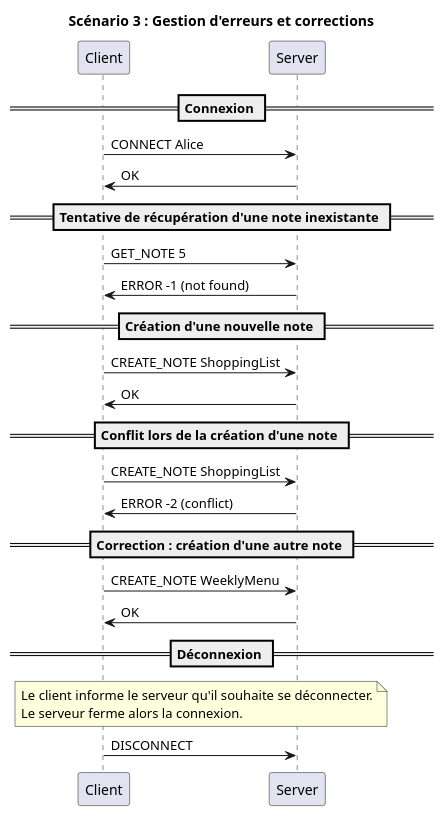
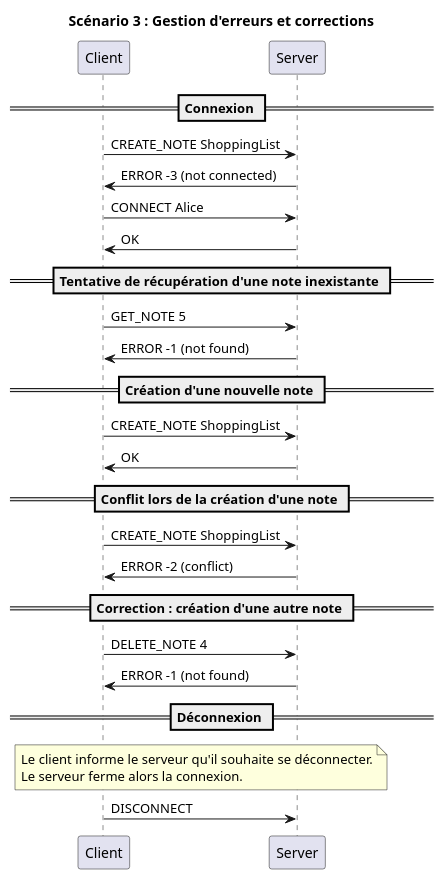
Before and after one commit to HEIG-VD-DAI-Iseni-Jacobs/no-tion: the diagram in docs/images/errors.plantuml, drawn with PlantUML. The commit also changed 3 other files, not shown here.

Commit message:
errors added and complete uml modified

```diff
--- a/docs/images/errors.plantuml
+++ b/docs/images/errors.plantuml
@@ -1,42 +1,45 @@
 @startuml no-tion-scenario-3
 
 title "Scénario 3 : Gestion d'erreurs et corrections"
 
 participant "Client" as c
 participant "Server" as s
 
 == Connexion ==
+
+c->s : CREATE_NOTE ShoppingList
+s->c : ERROR -3 (not connected)
 
 c->s : CONNECT Alice
 s->c : OK
 
 == Tentative de récupération d'une note inexistante ==
 
 c->s : GET_NOTE 5
 s->c : ERROR -1 (not found)
 
 == Création d'une nouvelle note ==
 
 c->s : CREATE_NOTE ShoppingList
 s->c : OK
 
 == Conflit lors de la création d'une note ==
 
 c->s : CREATE_NOTE ShoppingList
 s->c : ERROR -2 (conflict)
 
 == Correction : création d'une autre note ==
 
-c->s : CREATE_NOTE WeeklyMenu
-s->c : OK
+c->s : DELETE_NOTE 4
+s->c : ERROR -1 (not found)
 
 == Déconnexion ==
 
 note over c, s
 Le client informe le serveur qu'il souhaite se déconnecter.
 Le serveur ferme alors la connexion.
 end note
 
 c->s : DISCONNECT
 
 @enduml
```
